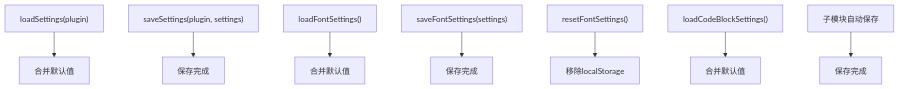
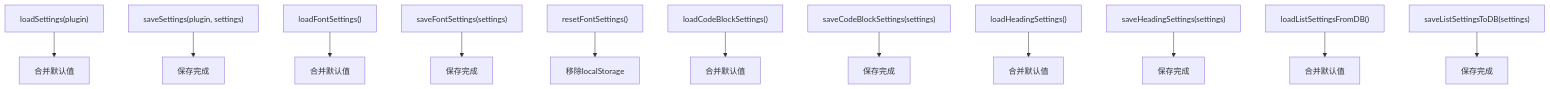
One commit to 851039536/siyuanPluginVueSN changed diagram 13 of 14 in .qoder/repowiki/zh/content/功能模块详解/通用设置.md. Above: the diagram before and after it, drawn with Mermaid. The commit also changed other lines of this file and 9 other files, not shown here.

````diff
--- a/.qoder/repowiki/zh/content/功能模块详解/通用设置.md
+++ b/.qoder/repowiki/zh/content/功能模块详解/通用设置.md
@@ -422,10 +565,14 @@
 ```mermaid
 flowchart TD
 LoadCfg["loadSettings(plugin)"] --> Merge["合并默认值"]
 SaveCfg["saveSettings(plugin, settings)"] --> Done["保存完成"]
 LoadFont["loadFontSettings()"] --> MergeFont["合并默认值"]
 SaveFont["saveFontSettings(settings)"] --> DoneFont["保存完成"]
 ResetFont["resetFontSettings()"] --> ClearFont["移除localStorage"]
 LoadCode["loadCodeBlockSettings()"] --> MergeCode["合并默认值"]
-SaveCode["子模块自动保存"] --> DoneCode["保存完成"]
+SaveCode["saveCodeBlockSettings(settings)"] --> DoneCode["保存完成"]
+LoadHead["loadHeadingSettings()"] --> MergeHead["合并默认值"]
+SaveHead["saveHeadingSettings(settings)"] --> DoneHead["保存完成"]
+LoadList["loadListSettingsFromDB()"] --> MergeList["合并默认值"]
+SaveList["saveListSettingsToDB(settings)"] --> DoneList["保存完成"]
 ```
````
